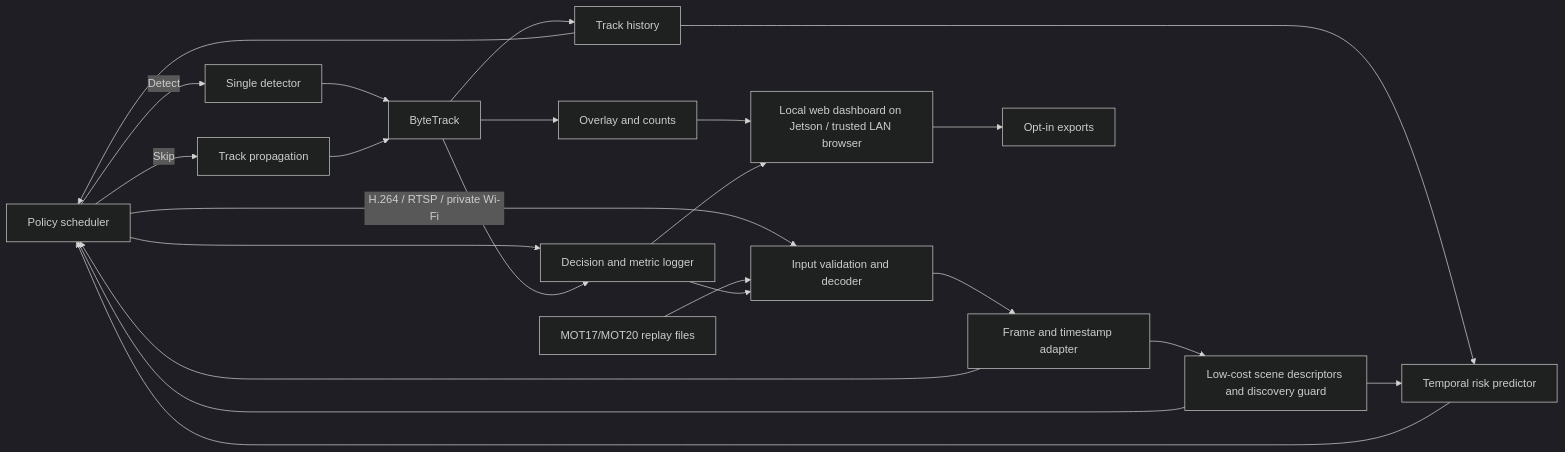
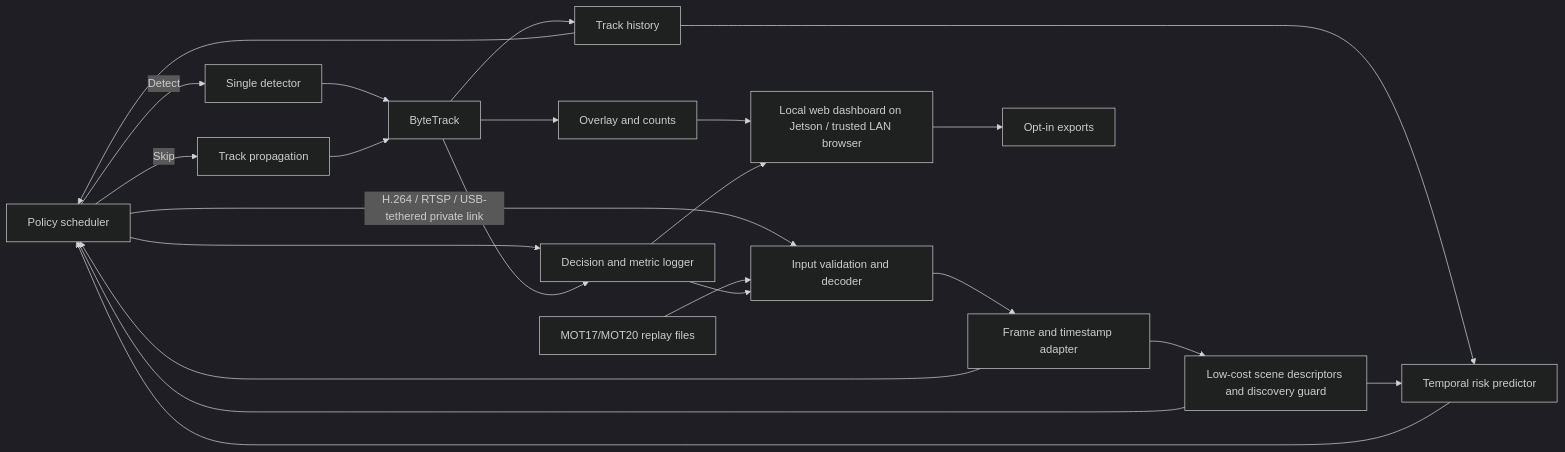
Before and after one commit to MidhulKiruthik/Edge_MOT: the diagram in product_docs/03_system_architecture.md, drawn with Mermaid (dark theme). The commit also changed other lines of this file and 21 other files, not shown here.

````diff
--- a/product_docs/03_system_architecture.md
+++ b/product_docs/03_system_architecture.md
@@ -8,25 +8,25 @@
 ```mermaid
 flowchart LR
-  P[Stationary phone camera] -->|H.264 / RTSP / private Wi-Fi| I[Input validation and decoder]
+  P[Stationary phone camera] -->|H.264 / RTSP / USB-tethered private link| I[Input validation and decoder]
   M[MOT17/MOT20 replay files] --> I
   L[Authorized local clip fallback] --> I
   I --> F[Frame and timestamp adapter]
   F --> S[Low-cost scene descriptors and discovery guard]
   F --> P[Policy scheduler]
   H[Track history] --> R[Temporal risk predictor]
   S --> R
   S --> P
   H --> P
   R --> P
   P -->|Detect| D[Single detector]
   P -->|Skip| K[Track propagation]
   D --> B[ByteTrack]
   K --> B
   B --> H
   B --> O[Overlay and counts]
   P --> L[Decision and metric logger]
   B --> L
   O --> U[Local web dashboard on Jetson / trusted LAN browser]
   L --> U
   U --> X[Opt-in exports]
 ```
````
